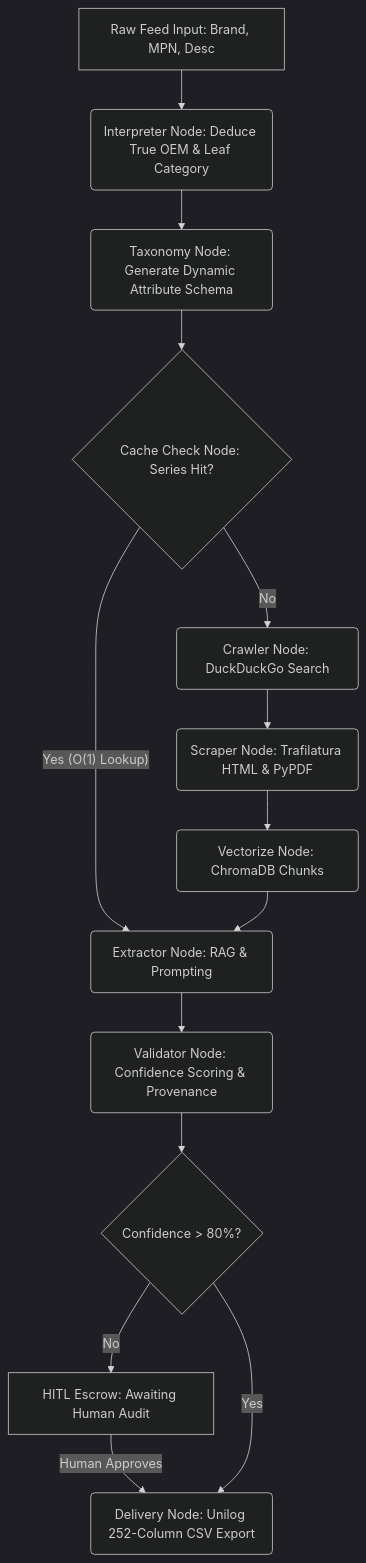
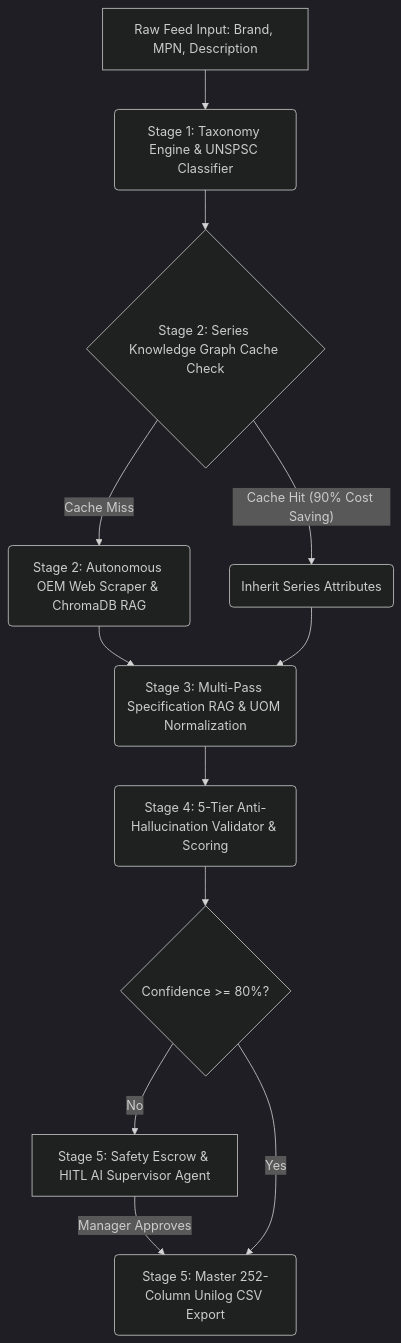
The diagram in README.md (Charishma1707/product-intelligence), drawn with Mermaid (dark theme) before and after one commit. The commit also changed other lines of this file, not shown here.

Commit message:
Update README with Multi-LLM failover, rate-limit resilience, and Ollama offline support

````diff
--- a/README.md
+++ b/README.md
@@ -65,16 +102,14 @@
 ```mermaid
 graph TD
-    A[Raw Feed Input: Brand, MPN, Desc] --> B(Interpreter Node: Deduce True OEM & Leaf Category)
-    B --> C(Taxonomy Node: Generate Dynamic Attribute Schema)
-    C --> D{Cache Check Node: Series Hit?}
-    D -- Yes (O(1) Lookup) --> E(Extract Variant Fields)
-    D -- No --> F(Crawler Node: DuckDuckGo Search)
-    F --> G(Scraper Node: Trafilatura HTML & PyPDF)
-    G --> H(Vectorize Node: ChromaDB Chunks)
-    H --> E(Extractor Node: RAG & Prompting)
-    E --> I(Validator Node: Confidence Scoring & Provenance)
-    I --> J{Confidence > 80%?}
-    J -- No --> K[HITL Escrow: Awaiting Human Audit]
-    K -- Human Approves --> L
-    J -- Yes --> L(Delivery Node: Unilog 252-Column CSV Export)
+    A[Raw Feed Input: Brand, MPN, Description] --> B(Stage 1: Taxonomy Engine & UNSPSC Classifier)
+    B --> C{Stage 2: Series Knowledge Graph Cache Check}
+    C -- Cache Hit (90% Cost Saving) --> D(Inherit Series Attributes)
+    C -- Cache Miss --> E(Stage 2: Autonomous OEM Web Scraper & ChromaDB RAG)
+    E --> F(Stage 3: Multi-Pass Specification RAG & UOM Normalization)
+    D --> F
+    F --> G(Stage 4: 5-Tier Anti-Hallucination Validator & Scoring)
+    G --> H{Confidence >= 80%?}
+    H -- No --> I[Stage 5: Safety Escrow & HITL AI Supervisor Agent]
+    I -- Manager Approves --> J(Stage 5: Master 252-Column Unilog CSV Export)
+    H -- Yes --> J
 ```
````
